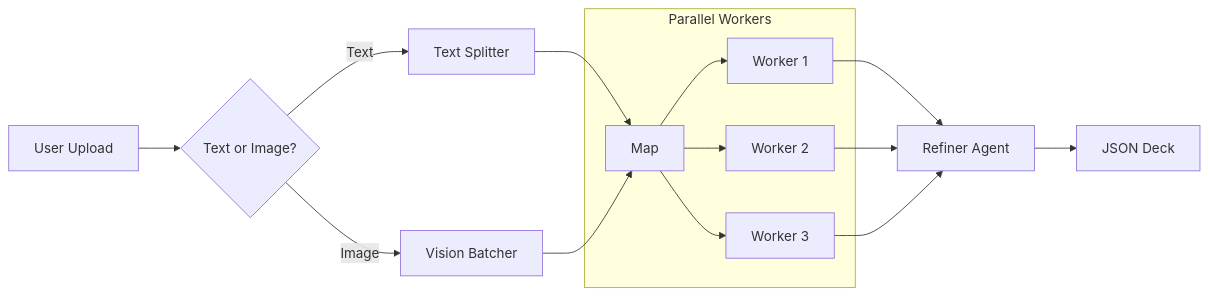
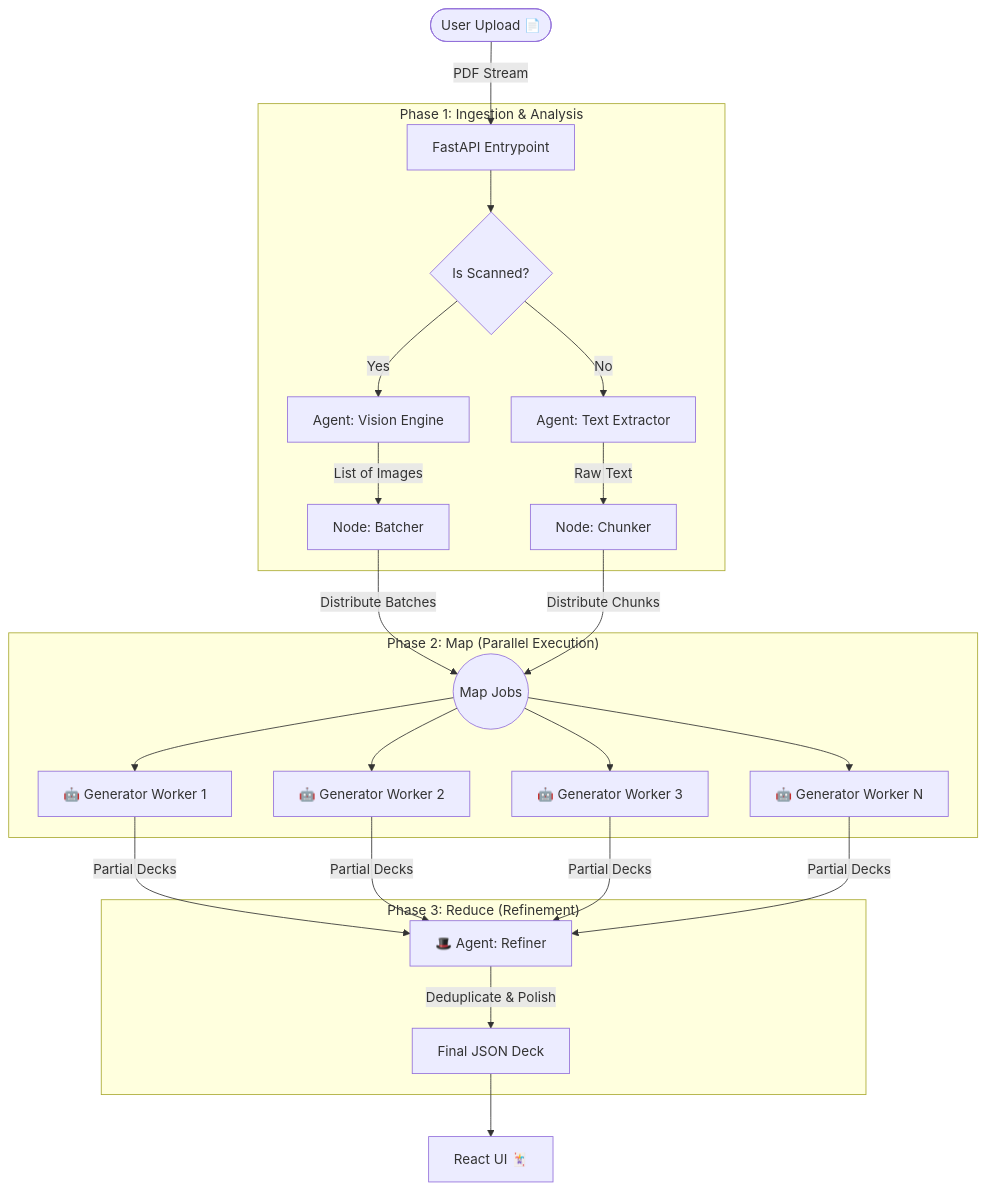
The diagram in README.md (mysticalseeker24/flashdeck-ai-native), drawn with Mermaid before and after one commit. The commit also changed other lines of this file and 1 other file, not shown here.

Commit message:
docs: Update README and Versioning with detailed architecture and diagrams

````diff
--- a/README.md
+++ b/README.md
@@ -18,21 +16,30 @@
 ```mermaid
-graph LR
-    PDF[User Upload] --> Router{Text or Image?}
-    Router -->|Text| Chunker[Text Splitter]
-    Router -->|Image| Batcher[Vision Batcher]
+graph TD
+    User([User Upload 📄]) -->|PDF Stream| API[FastAPI Entrypoint]
     
-    Chunker --> Map
-    Batcher --> Map
-    
-    subgraph Parallel Workers
-    Map --> W1[Worker 1]
-    Map --> W2[Worker 2]
-    Map --> W3[Worker 3]
+    subgraph "Phase 1: Ingestion & Analysis"
+        API --> Vision{Is Scanned?}
+        Vision -->|Yes| VE[Agent: Vision Engine]
+        Vision -->|No| TE[Agent: Text Extractor]
+        
+        VE -->|List of Images| Batcher[Node: Batcher]
+        TE -->|Raw Text| Chunker[Node: Chunker]
     end
     
-    W1 --> Reducer[Refiner Agent]
-    W2 --> Reducer
-    W3 --> Reducer
+    subgraph "Phase 2: Map (Parallel Execution)"
+        Batcher -->|Distribute Batches| Map((Map Jobs))
+        Chunker -->|Distribute Chunks| Map
+        
+        Map --> Worker1[🤖 Generator Worker 1]
+        Map --> Worker2[🤖 Generator Worker 2]
+        Map --> Worker3[🤖 Generator Worker 3]
+        Map --> WorkerN[🤖 Generator Worker N]
+    end
     
-    Reducer --> FinalDeck[JSON Deck]
+    subgraph "Phase 3: Reduce (Refinement)"
+        Worker1 & Worker2 & Worker3 & WorkerN -->|Partial Decks| Refiner[🎩 Agent: Refiner]
+        Refiner -->|Deduplicate & Polish| FinalDeck[Final JSON Deck]
+    end
+    
+    FinalDeck --> Frontend[React UI 🃏]
 ```
````
